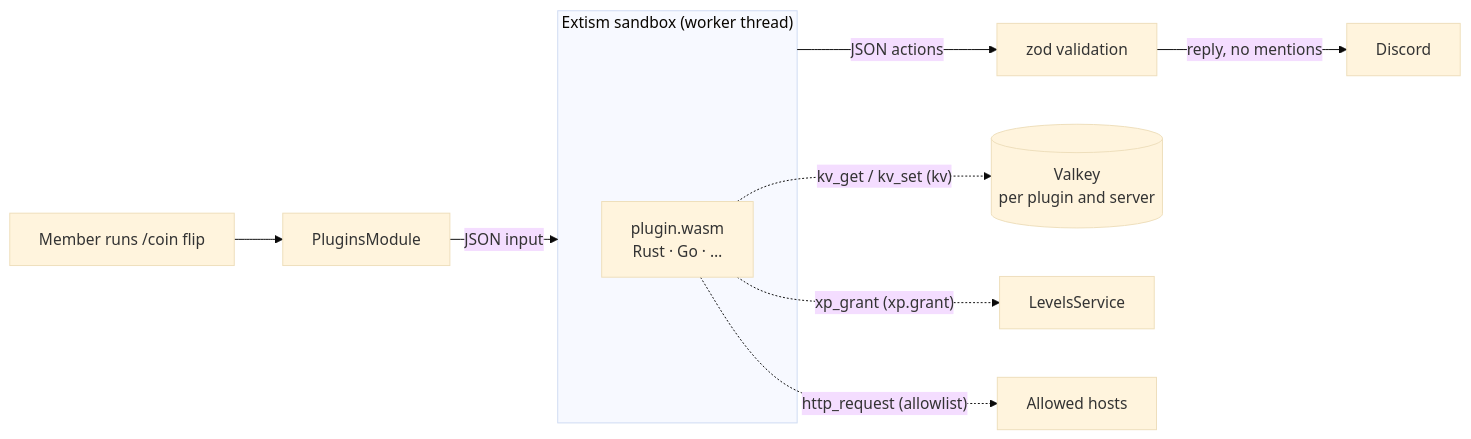
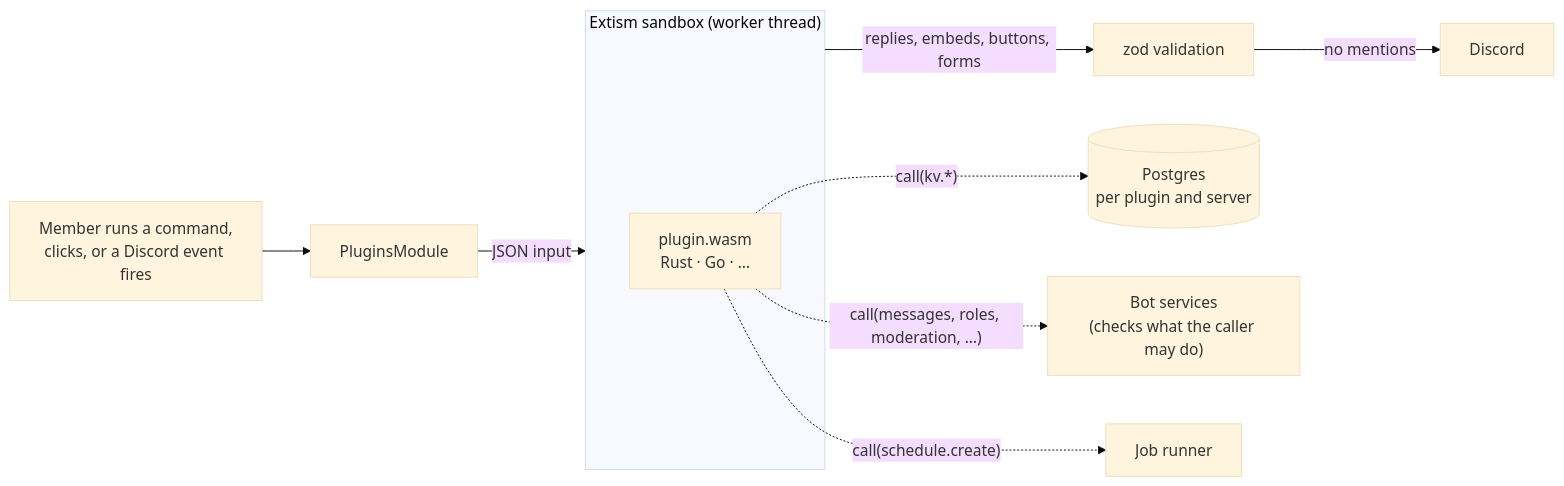
One commit to butecodosdevs/roboteco changed the sixth of 7 diagrams in README.md. Above: the diagram before and after it, drawn with Mermaid (base theme). The commit also changed other lines of this file and 31 other files, not shown here.

First line of the commit message:
feat(plugins): deliver every Discord gateway event to plugins (#12)

````diff
--- a/README.md
+++ b/README.md
@@ -228,13 +228,13 @@
 ```mermaid
 flowchart LR
-  member["Member runs /coin flip"] --> host["PluginsModule"]
+  trigger["Member runs a command,<br/>clicks, or a Discord event fires"] --> host["PluginsModule"]
   host -->|"JSON input"| sandbox
   subgraph sandbox["Extism sandbox (worker thread)"]
     wasm["plugin.wasm<br/>Rust · Go · …"]
   end
-  sandbox -->|"JSON actions"| validate["zod validation"]
-  validate -->|"reply, no mentions"| discord["Discord"]
-  wasm -. "kv_get / kv_set (kv)" .-> valkey[("Valkey<br/>per plugin and server")]
-  wasm -. "xp_grant (xp.grant)" .-> levels["LevelsService"]
-  wasm -. "http_request (allowlist)" .-> web["Allowed hosts"]
+  sandbox -->|"replies, embeds, buttons, forms"| validate["zod validation"]
+  validate -->|"no mentions"| discord["Discord"]
+  wasm -. "call(kv.*)" .-> postgres[("Postgres<br/>per plugin and server")]
+  wasm -. "call(messages, roles, moderation, …)" .-> services["Bot services<br/>(checks what the caller may do)"]
+  wasm -. "call(schedule.create)" .-> jobs["Job runner"]
 ```
````
